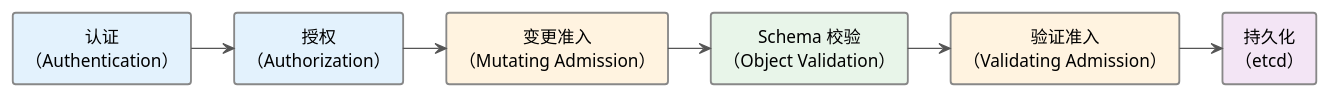
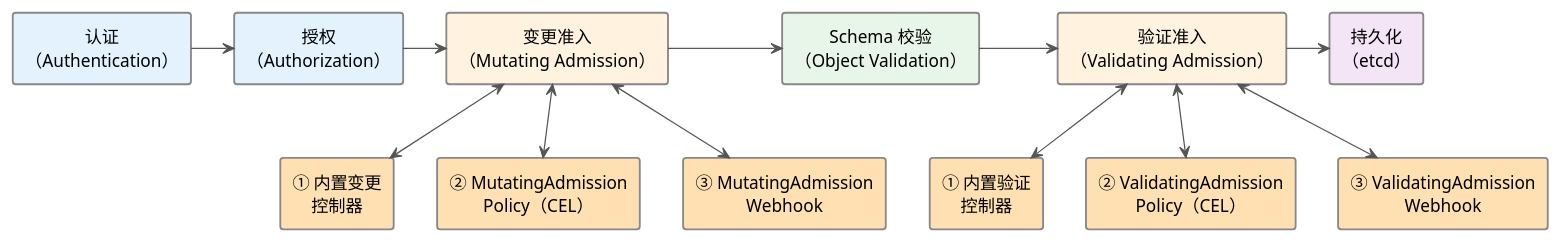
Before and after one commit to togettoyou/kubernetes-src-notes: the first of 2 diagrams in content/extensions/admission-control.md, drawn with PlantUML. The commit also changed other lines of this file, not shown here.

````diff
--- a/content/extensions/admission-control.md
+++ b/content/extensions/admission-control.md
@@ -12,22 +16,44 @@
 ```plantuml
 @startuml
 !theme plain
 skinparam defaultTextAlignment center
 skinparam rectangleBorderColor #888888
 skinparam rectangleBorderThickness 1.5
 skinparam arrowColor #555555
 
 rectangle "认证\n（Authentication）" as authn #E3F2FD
 rectangle "授权\n（Authorization）" as authz #E3F2FD
 rectangle "变更准入\n（Mutating Admission）" as mutating #FFF3E0
 rectangle "Schema 校验\n（Object Validation）" as schema #E8F5E9
 rectangle "验证准入\n（Validating Admission）" as validating #FFF3E0
 rectangle "持久化\n（etcd）" as etcd #F3E5F5
 
+rectangle "① 内置变更\n控制器" as builtin_m #FFE0B2
+rectangle "② MutatingAdmission\nPolicy（CEL）" as map #FFE0B2
+rectangle "③ MutatingAdmission\nWebhook" as mwh #FFE0B2
+rectangle "① 内置验证\n控制器" as builtin_v #FFE0B2
+rectangle "② ValidatingAdmission\nPolicy（CEL）" as vap #FFE0B2
+rectangle "③ ValidatingAdmission\nWebhook" as vwh #FFE0B2
+
 authn -right-> authz
 authz -right-> mutating
 mutating -right-> schema
 schema -right-> validating
 validating -right-> etcd
+
+mutating <-down-> builtin_m
+mutating <-down-> map
+mutating <-down-> mwh
+builtin_m -[hidden]right- map
+map -[hidden]right- mwh
+
+validating <-down-> builtin_v
+validating <-down-> vap
+validating <-down-> vwh
+builtin_v -[hidden]right- vap
+vap -[hidden]right- vwh
+
+schema -[hidden]down-> builtin_m
+schema -[hidden]down-> builtin_v
 @enduml
 ```
````
